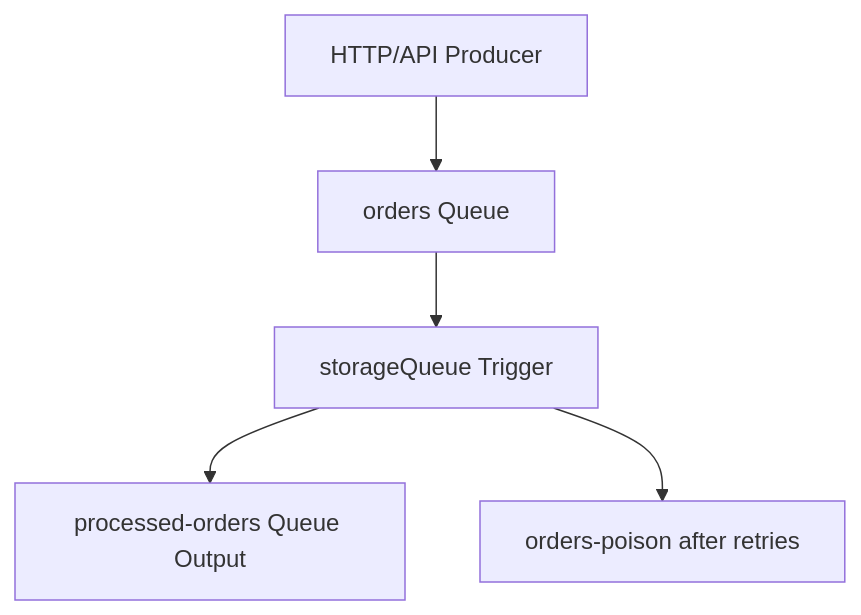
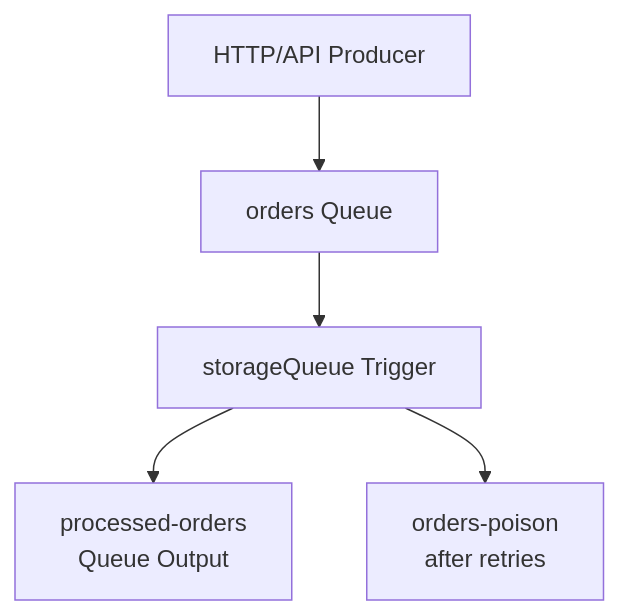
Before and after one commit to yeongseon/azure-functions-practical-guide: the diagram in docs/language-guides/nodejs/recipes/queue.md, drawn with Mermaid. The commit also changed other lines of this file and 4 other files, not shown here.

First line of the commit message:
docs(diagrams): improve Node.js OpenAPI queue retry and Service Bus flows (#506)

````diff
--- a/docs/language-guides/nodejs/recipes/queue.md
+++ b/docs/language-guides/nodejs/recipes/queue.md
@@ -25,7 +27,9 @@
 ```mermaid
 flowchart TD
+    accTitle: Node.js orders queue processing and possible outcomes
+    accDescr: An HTTP or API producer enqueues orders for the storageQueue handler. The processed-orders path represents the configured output binding; the orders-poison path represents runtime handling after repeated processing failures, not an output written by every handler invocation. These are logical processing relationships, not network-call order.
     PRODUCER["HTTP/API Producer"] --> INQ[orders Queue]
     INQ --> WORKER[storageQueue Trigger]
-    WORKER --> RESULT[processed-orders Queue Output]
-    WORKER --> FAIL[orders-poison after retries]
+    WORKER --> RESULT["processed-orders<br/>Queue Output"]
+    WORKER --> FAIL["orders-poison<br/>after retries"]
 ```
````
